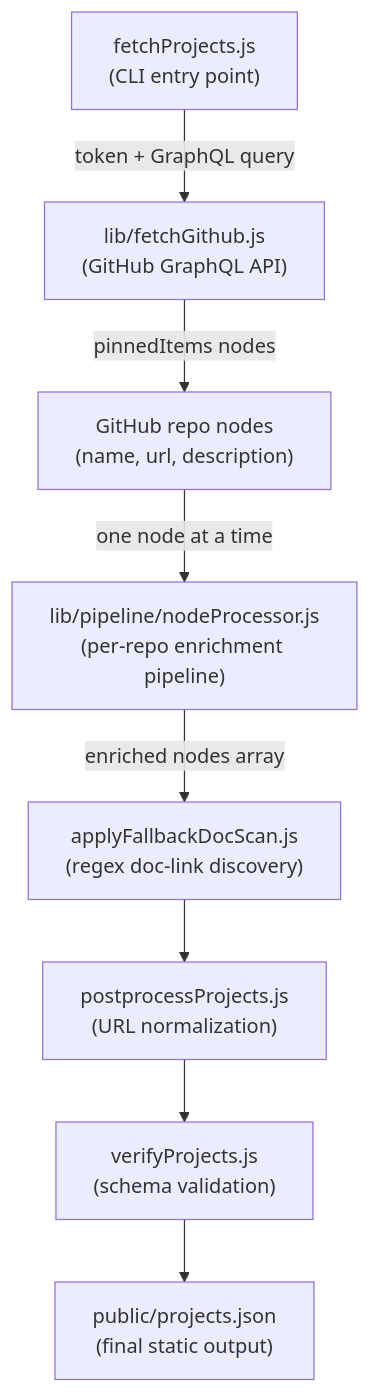
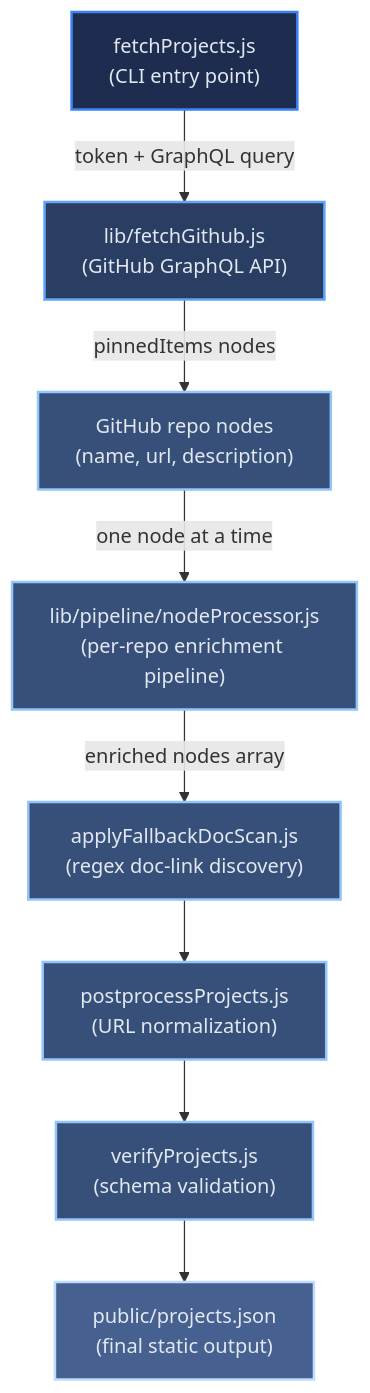
The diagram in docs/scripts/overview.md (Keglev/my-portfolio), drawn with Mermaid before and after one commit. The commit also changed 8 other files, not shown here.

Commit message:
changed style for make more colorful mermaid diagrams; updated docs to reflect change in style

````diff
--- a/docs/scripts/overview.md
+++ b/docs/scripts/overview.md
@@ -27,19 +27,29 @@
 ```mermaid
 flowchart TD
     FetchProjects["fetchProjects.js\n(CLI entry point)"]
     FetchGithub["lib/fetchGithub.js\n(GitHub GraphQL API)"]
     RawNodes["GitHub repo nodes\n(name, url, description)"]
     NodeProcessor["lib/pipeline/nodeProcessor.js\n(per-repo enrichment pipeline)"]
     FallbackScan["applyFallbackDocScan.js\n(regex doc-link discovery)"]
     Postprocess["postprocessProjects.js\n(URL normalization)"]
     Verify["verifyProjects.js\n(schema validation)"]
     ProjectsJSON["public/projects.json\n(final static output)"]
 
     FetchProjects -->|"token + GraphQL query"| FetchGithub
     FetchGithub -->|"pinnedItems nodes"| RawNodes
     RawNodes -->|"one node at a time"| NodeProcessor
     NodeProcessor -->|"enriched nodes array"| FallbackScan
     FallbackScan --> Postprocess
     Postprocess --> Verify
     Verify --> ProjectsJSON
+
+    class FetchProjects l1
+    class FetchGithub l2
+    class RawNodes,NodeProcessor,FallbackScan,Postprocess,Verify l3
+    class ProjectsJSON l4
+
+    classDef l1 fill:#1e2d4f,stroke:#3B82F6,stroke-width:2px,color:#E2E8F0
+    classDef l2 fill:#2a3d62,stroke:#60A5FA,stroke-width:2px,color:#E2E8F0
+    classDef l3 fill:#37507a,stroke:#93C5FD,stroke-width:2px,color:#E2E8F0
+    classDef l4 fill:#466090,stroke:#BFDBFE,stroke-width:2px,color:#E2E8F0
 ```
````
